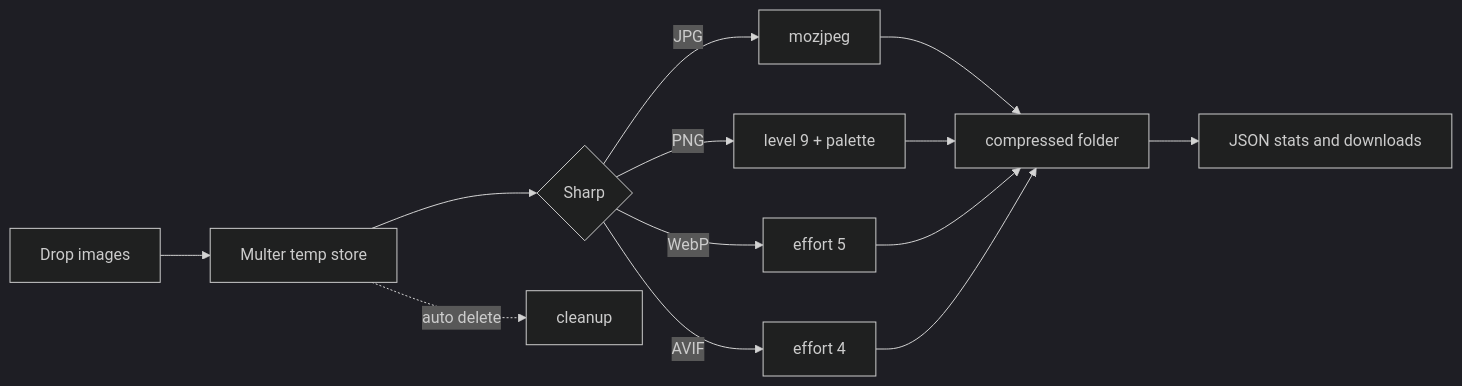
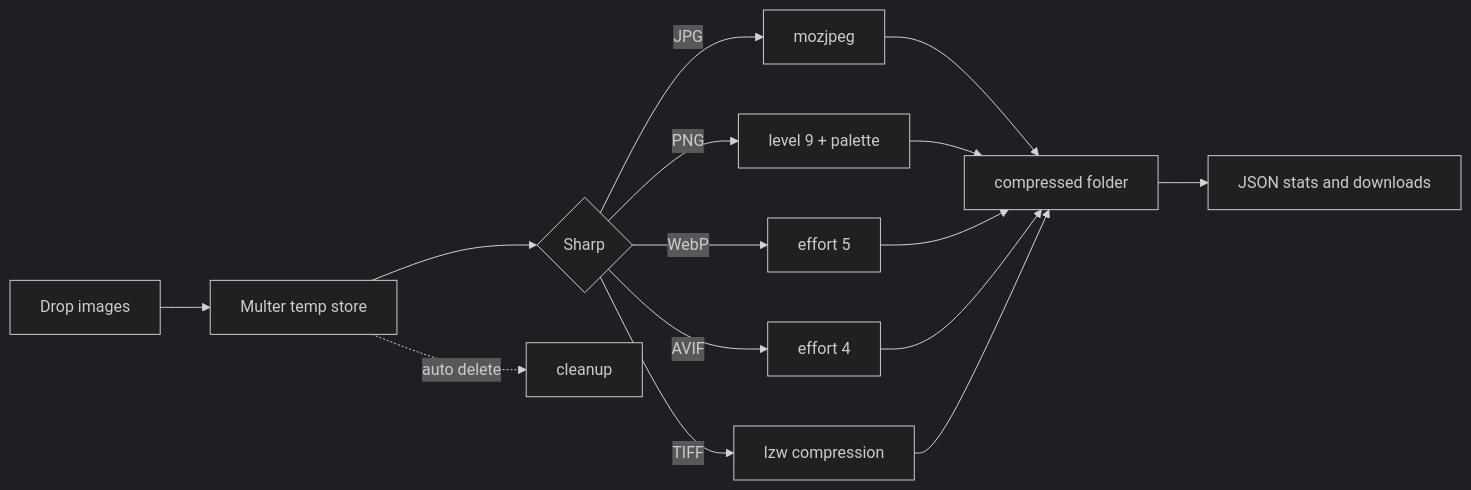
The diagram in README.md (MoHamed-B-M/pico), drawn with Mermaid (dark theme) before and after one commit. The commit also changed other lines of this file and 5 other files, not shown here.

First line of the commit message:
v1.0.2: add TIFF support, auto-update toast, push notifications

````diff
--- a/README.md
+++ b/README.md
@@ -78,15 +78,17 @@
 ```mermaid
 flowchart LR
     A[Drop images] --> B[Multer temp store]
     B --> C{Sharp}
     C -->|JPG| D[mozjpeg]
     C -->|PNG| E[level 9 + palette]
     C -->|WebP| F[effort 5]
     C -->|AVIF| G[effort 4]
-    D --> H[compressed folder]
-    E --> H
-    F --> H
-    G --> H
-    H --> I[JSON stats and downloads]
-    B -. auto delete .-> J[cleanup]
+    C -->|TIFF| H[lzw compression]
+    D --> I[compressed folder]
+    E --> I
+    F --> I
+    G --> I
+    H --> I
+    I --> J[JSON stats and downloads]
+    B -. auto delete .-> K[cleanup]
 ```
````
